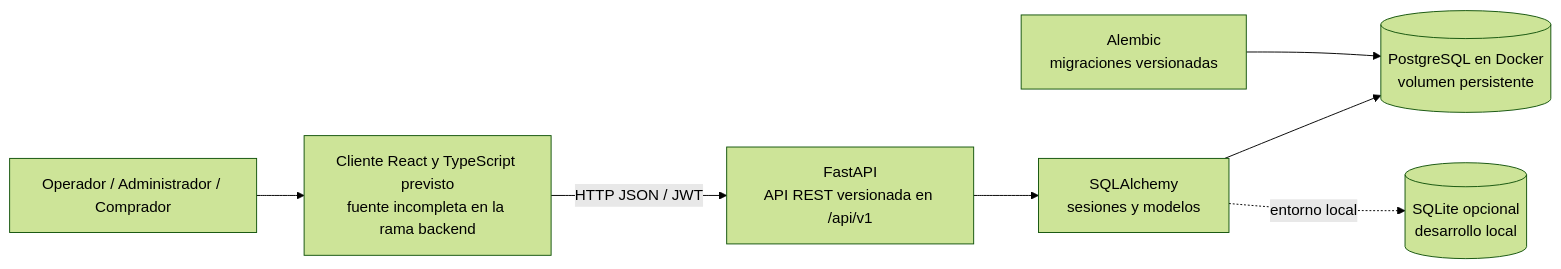
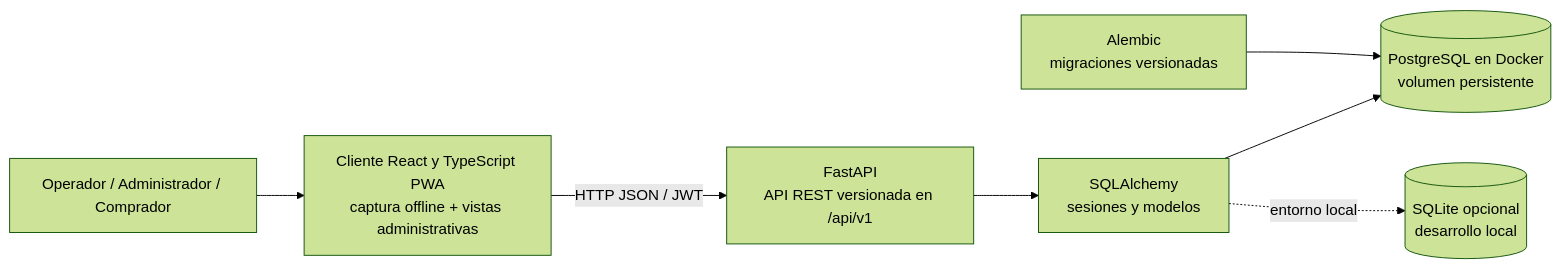
The first of 2 diagrams in documentos/E03_diseno.md (trbureiyan/kallpa.cacao), drawn with Mermaid (forest theme) before and after one commit. The commit also changed other lines of this file and 41 other files, not shown here.

````diff
--- a/documentos/E03_diseno.md
+++ b/documentos/E03_diseno.md
@@ -11,16 +11,16 @@
 ```mermaid
 flowchart LR
     O[Operador / Administrador / Comprador]
-    PWA[Cliente React y TypeScript previsto<br/>fuente incompleta en la rama backend]
+    PWA[Cliente React y TypeScript PWA<br/>captura offline + vistas administrativas]
     API[FastAPI<br/>API REST versionada en /api/v1]
     ORM[SQLAlchemy<br/>sesiones y modelos]
     DB[(PostgreSQL en Docker<br/>volumen persistente)]
     SQLITE[(SQLite opcional<br/>desarrollo local)]
     MIG[Alembic<br/>migraciones versionadas]
     O --> PWA
     PWA -->|HTTP JSON / JWT| API
     API --> ORM
     ORM --> DB
     ORM -. entorno local .-> SQLITE
     MIG --> DB
 ```
````
